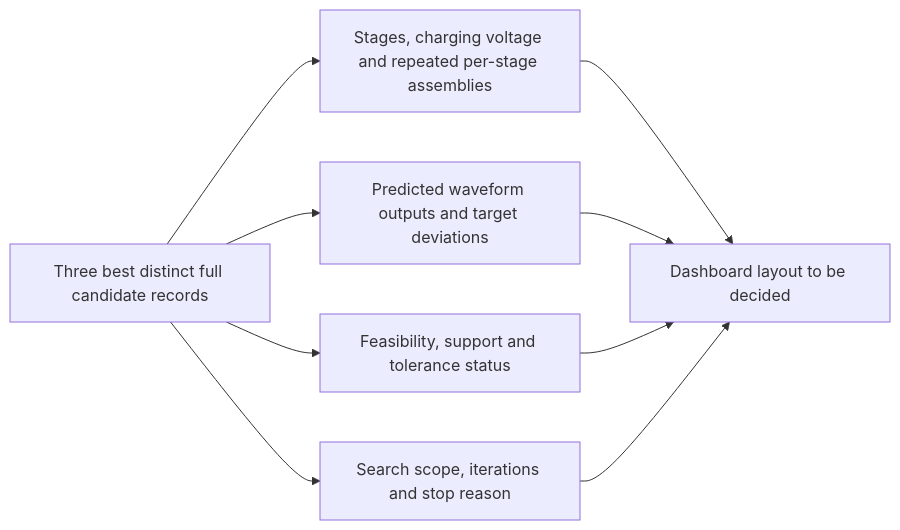
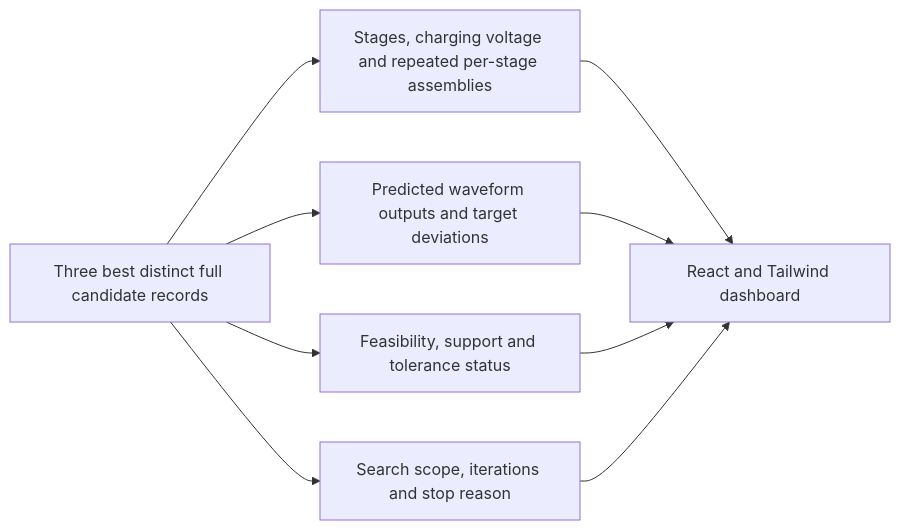
The fifth of 5 diagrams in docs/Marx_Generator_Architecture_Working_Document.md (Faizaan-Nasir/ImpulseForge), drawn with Mermaid before and after one commit. The commit also changed other lines of this file and 36 other files, not shown here.

````diff
--- a/docs/Marx_Generator_Architecture_Working_Document.md
+++ b/docs/Marx_Generator_Architecture_Working_Document.md
@@ -833,11 +868,11 @@
 ```mermaid
 flowchart LR
     A[Three best distinct full candidate records] --> B[Stages, charging voltage and repeated per-stage assemblies]
     A --> C[Predicted waveform outputs and target deviations]
     A --> D[Feasibility, support and tolerance status]
     A --> E[Search scope, iterations and stop reason]
-    B --> F[Dashboard layout to be decided]
+    B --> F[React and Tailwind dashboard]
     C --> F
     D --> F
     E --> F
 ```
````
